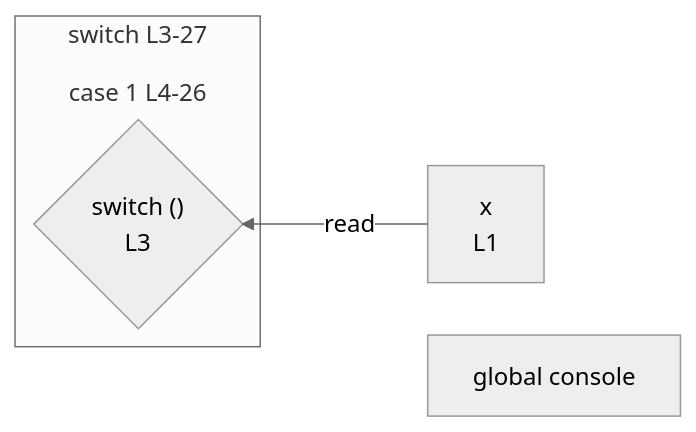
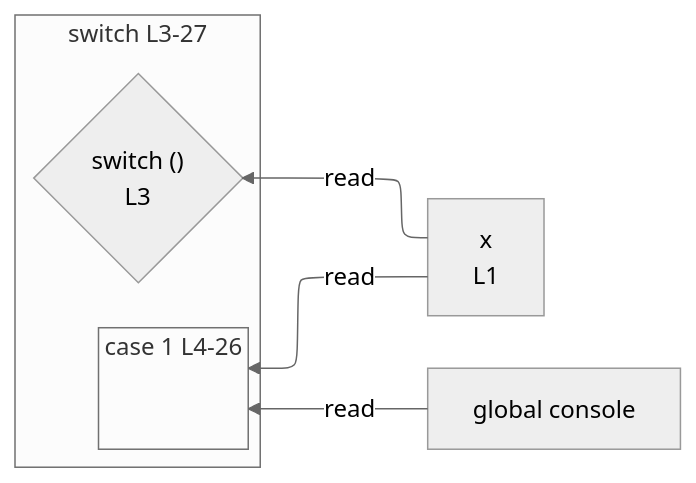
One commit to crescware/unsnarl changed the diagram in integration/fixtures/app-behavior/depth/switch/depth-1/preview.md. Above: the diagram before and after it, drawn with Mermaid (neutral theme). The commit also changed 63 other files, not shown here.

````diff
--- a/integration/fixtures/app-behavior/depth/switch/depth-1/preview.md
+++ b/integration/fixtures/app-behavior/depth/switch/depth-1/preview.md
@@ -37,14 +37,19 @@
 ```mermaid
 %%{init: {"flowchart": {"defaultRenderer": "elk"}}}%%
 flowchart RL
   n_scope_0_x_6["x<br/>L1"]
   n_scope_0_console_296["global console"]
   subgraph s_scope_1["switch L3-27"]
     direction RL
     switch_discriminant_scope_0_14{"switch ()<br/>L3"}
     subgraph s_scope_2["case 1 L4-26"]
       direction RL
+      elk_empty_s_scope_2[" "]
     end
   end
   n_scope_0_x_6 -->|read| switch_discriminant_scope_0_14
+  n_scope_0_x_6 -->|read| s_scope_2
+  n_scope_0_console_296 -->|read| s_scope_2
+  classDef elkEmptyPlaceholder fill:transparent,stroke:transparent,color:transparent;
+  class elk_empty_s_scope_2 elkEmptyPlaceholder;
 ```
````
